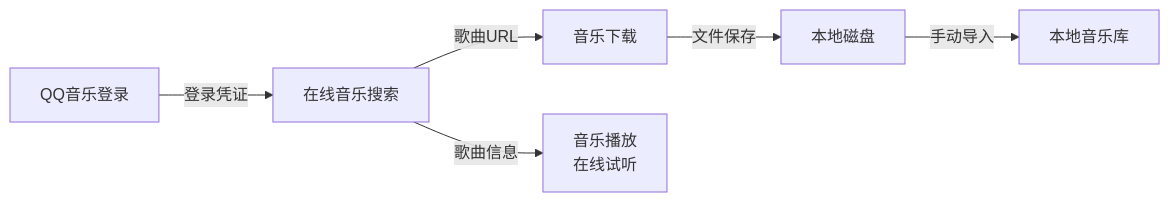
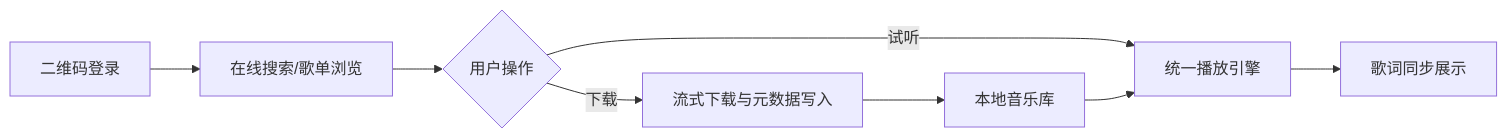
Before and after one commit to ddll8023/llmusic: the second of 4 diagrams in doc/模块说明文档.md, drawn with Mermaid. The commit also changed other lines of this file and 4 other files, not shown here.

````diff
--- a/doc/模块说明文档.md
+++ b/doc/模块说明文档.md
@@ -350,8 +416,10 @@
 ```mermaid
 flowchart LR
-    A[QQ音乐登录] -->|登录凭证| B[在线音乐搜索]
-    B -->|歌曲URL| C[音乐下载]
-    B -->|歌曲信息| D[音乐播放<br>在线试听]
-    C -->|文件保存| E[本地磁盘]
-    E -->|手动导入| F[本地音乐库]
+    A[二维码登录] --> B[在线搜索/歌单浏览]
+    B --> C{用户操作}
+    C -->|试听| D[统一播放引擎]
+    C -->|下载| E[流式下载与元数据写入]
+    E --> F[本地音乐库]
+    F --> D
+    D --> G[歌词同步展示]
 ```
````
